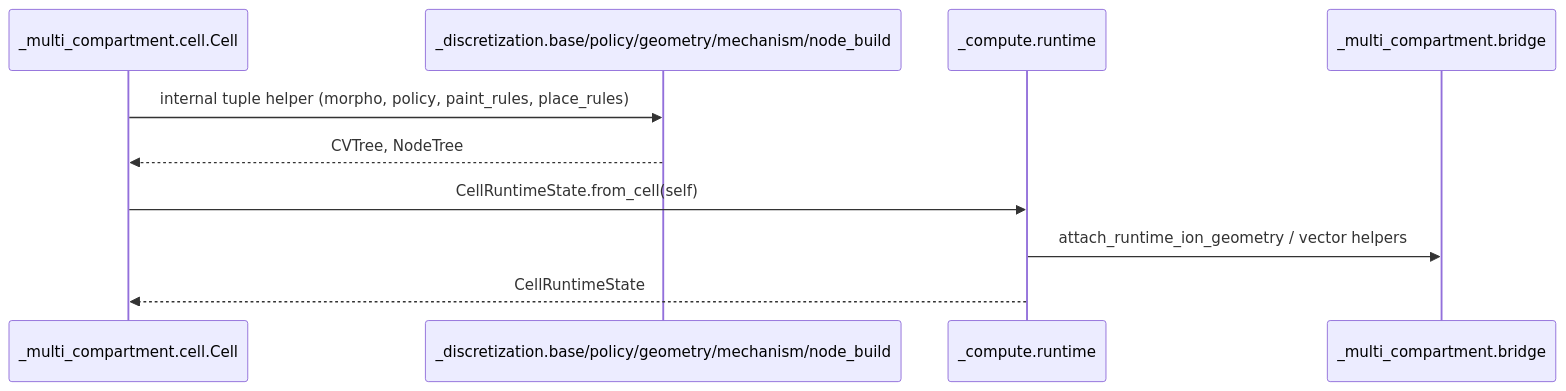
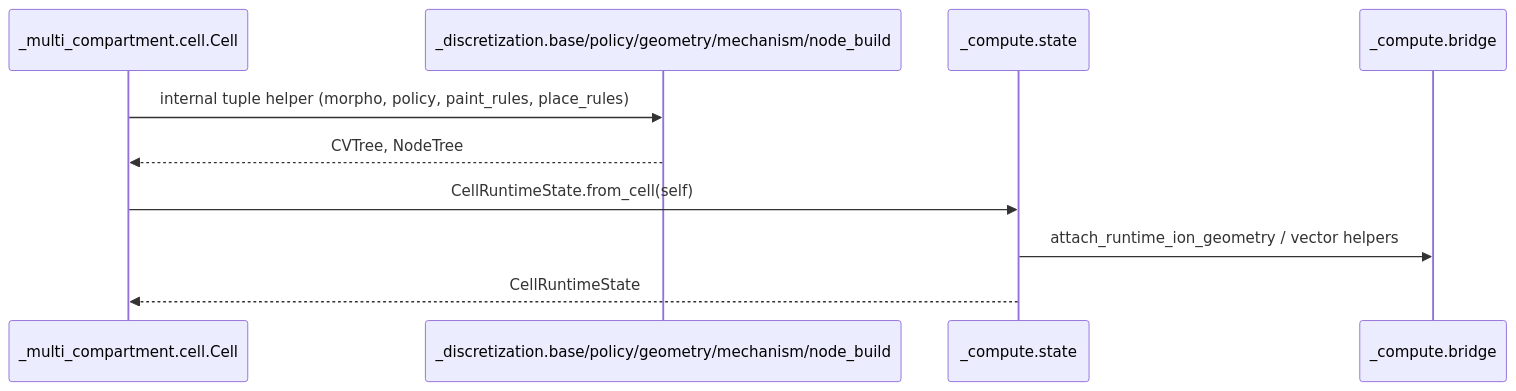
One commit to chaobrain/braincell changed the fifth of 6 diagrams in docs/design/module-dependency-map.md. Above: the diagram before and after it, drawn with Mermaid. The commit also changed other lines of this file and 26 other files, not shown here.

First line of the commit message:
Break the _compute import cycle and finish the runtime split (#130)

````diff
--- a/docs/design/module-dependency-map.md
+++ b/docs/design/module-dependency-map.md
@@ -157,13 +168,13 @@
 ```mermaid
 sequenceDiagram
     participant Cell as _multi_compartment.cell.Cell
     participant CV as _discretization.base/policy/geometry/mechanism/node_build
-    participant Runtime as _compute.runtime
-    participant Bridge as _multi_compartment.bridge
+    participant Runtime as _compute.state
+    participant Bridge as _compute.bridge
 
     Cell->>CV: internal tuple helper (morpho, policy, paint_rules, place_rules)
     CV-->>Cell: CVTree, NodeTree
     Cell->>Runtime: CellRuntimeState.from_cell(self)
     Runtime->>Bridge: attach_runtime_ion_geometry / vector helpers
     Runtime-->>Cell: CellRuntimeState
 ```
````
